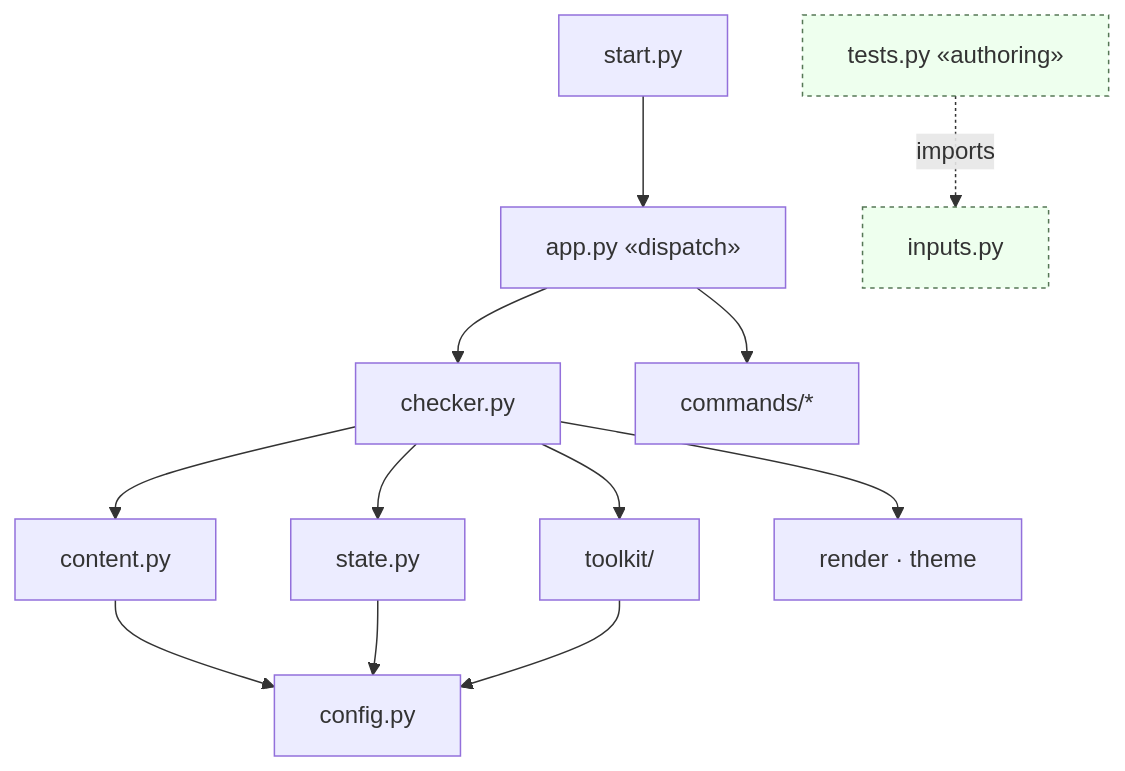
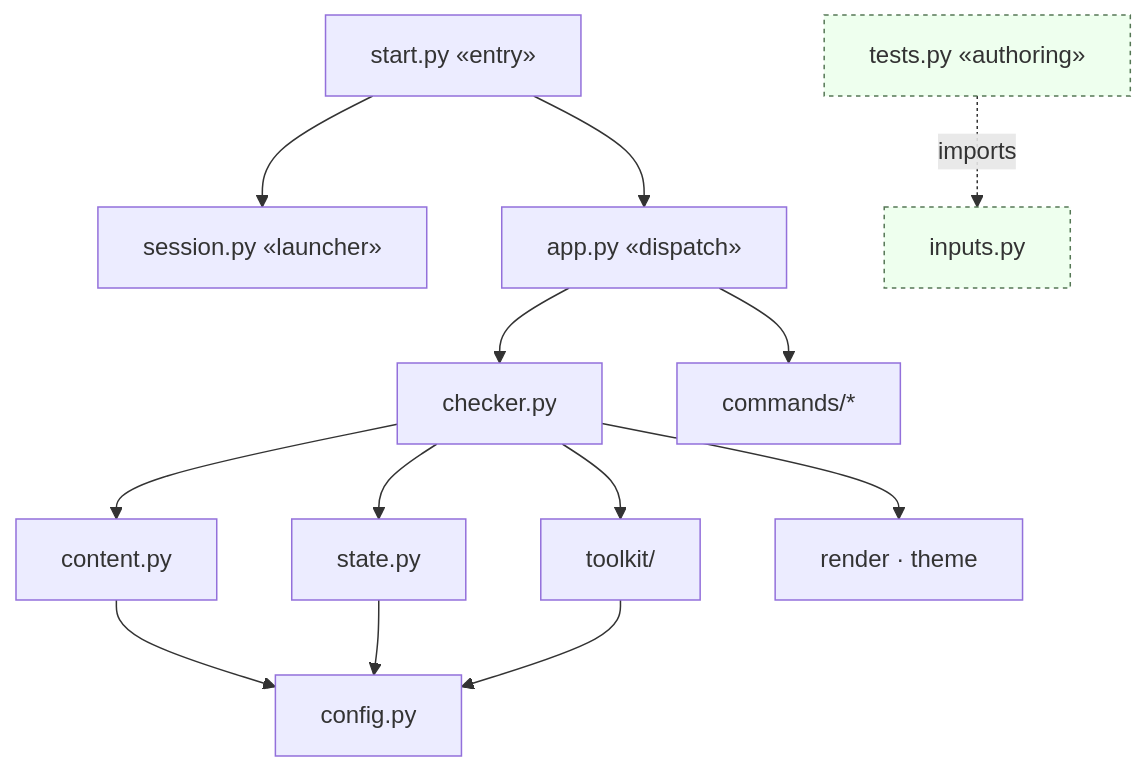
The first of 9 diagrams in docs/architecture/engine-core.md (N041M/PyQuest), drawn with Mermaid before and after one commit. The commit also changed other lines of this file and 3 other files, not shown here.

First line of the commit message:
Split the session launcher out of start.py (one concern per file)

````diff
--- a/docs/architecture/engine-core.md
+++ b/docs/architecture/engine-core.md
@@ -7,16 +7,17 @@
 ```mermaid
 flowchart TB
-    play["start.py"] --> app["app.py «dispatch»"]
+    play["start.py «entry»"] --> session["session.py «launcher»"]
+    play --> app["app.py «dispatch»"]
     app --> checker["checker.py"]
     app --> commands["commands/*"]
     checker --> toolkit["toolkit/"]
     checker --> content["content.py"]
     checker --> state["state.py"]
     checker --> render["render · theme"]
     content --> config["config.py"]
     state --> config
     toolkit --> config
     tests["tests.py «authoring»"] -. imports .-> inputs["inputs.py"]
     classDef seam fill:#efe,stroke:#575,stroke-dasharray:3 3;
     class tests,inputs seam;
 ```
````
